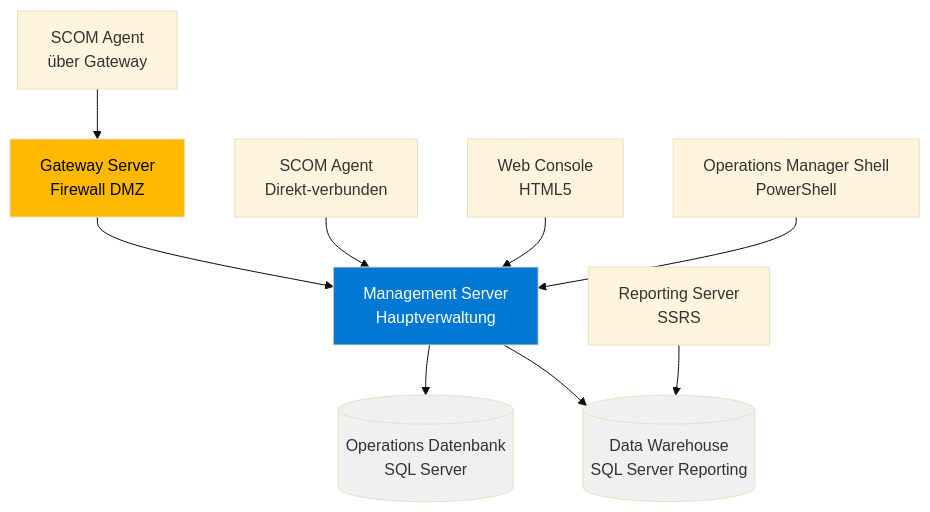
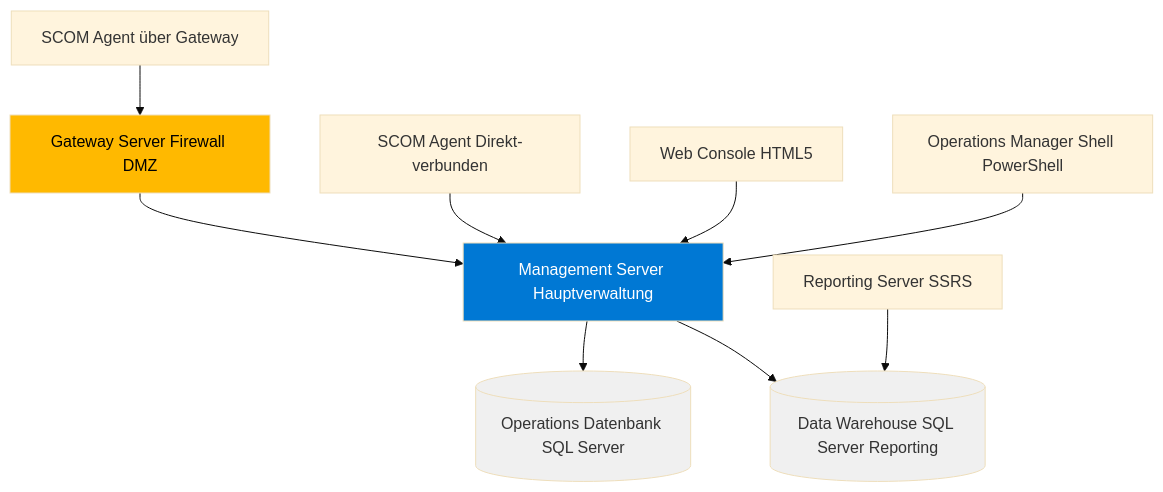
Before and after one commit to SoniiiT/notes-n-docs: the first of 2 diagrams in Microsoft 365/System Center/SCOM Grundlagen.md, drawn with Mermaid (base theme). The commit also changed other lines of this file and 124 other files, not shown here.

First line of the commit message:
fix: Entferne \n aus allen Mermaid-Diagrammen (125 Dateien)

````diff
--- a/Microsoft 365/System Center/SCOM Grundlagen.md
+++ b/Microsoft 365/System Center/SCOM Grundlagen.md
@@ -39,16 +39,16 @@
 ```mermaid
 graph TD
-    MS[Management Server\nHauptverwaltung] --> DB[(Operations Datenbank\nSQL Server)]
-    MS --> DW[(Data Warehouse\nSQL Server Reporting)]
-    GW[Gateway Server\nFirewall DMZ] --> MS
-    AGENT1[SCOM Agent\nDirekt-verbunden] --> MS
-    AGENT2[SCOM Agent\nüber Gateway] --> GW
-    RSP[Reporting Server\nSSRS] --> DW
-    WEB[Web Console\nHTML5] --> MS
-    PS[Operations Manager Shell\nPowerShell] --> MS
+    MS[Management Server Hauptverwaltung] --> DB[(Operations Datenbank SQL Server)]
+    MS --> DW[(Data Warehouse SQL Server Reporting)]
+    GW[Gateway Server Firewall DMZ] --> MS
+    AGENT1[SCOM Agent Direkt-verbunden] --> MS
+    AGENT2[SCOM Agent über Gateway] --> GW
+    RSP[Reporting Server SSRS] --> DW
+    WEB[Web Console HTML5] --> MS
+    PS[Operations Manager Shell PowerShell] --> MS
 
     style MS fill:#0078D4,color:#fff
     style DB fill:#f0f0f0
     style DW fill:#f0f0f0
     style GW fill:#FFB900,color:#000
 ```
````
